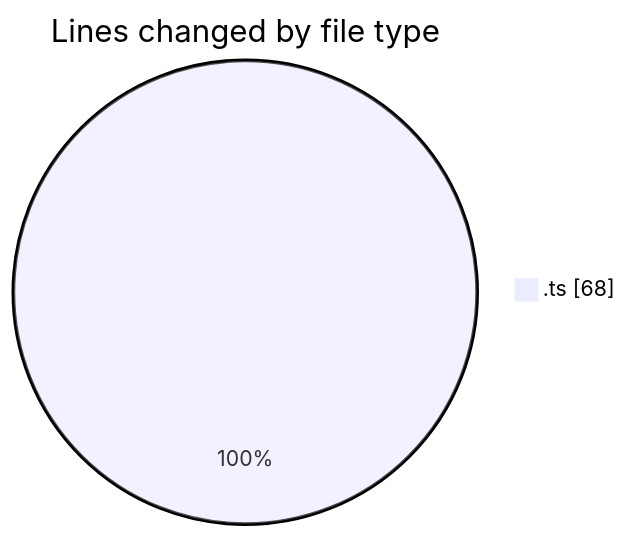
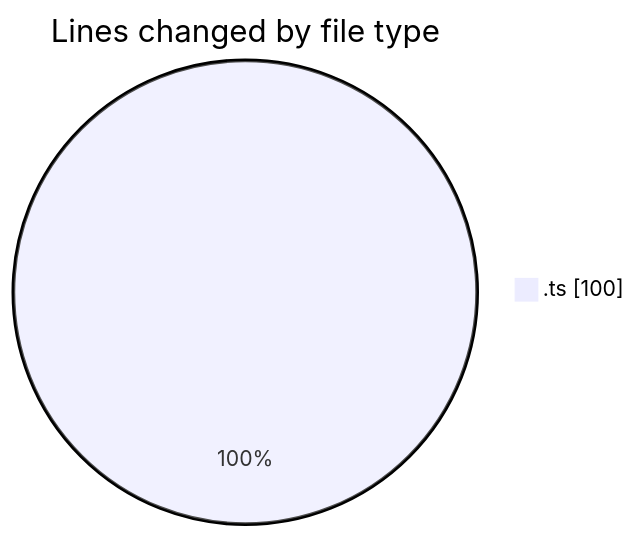
One commit to momahboobian/code-tracking changed the first of 2 diagrams in 2025-06-24/cda/README.md. Above: the diagram before and after it, drawn with Mermaid. The commit also changed other lines of this file and 1 other file, not shown here.

````diff
--- a/2025-06-24/cda/README.md
+++ b/2025-06-24/cda/README.md
@@ -20,5 +20,5 @@
 ```mermaid
 pie showData
 title Lines changed by file type
-".ts" : 68
+".ts" : 100
 ```
````
